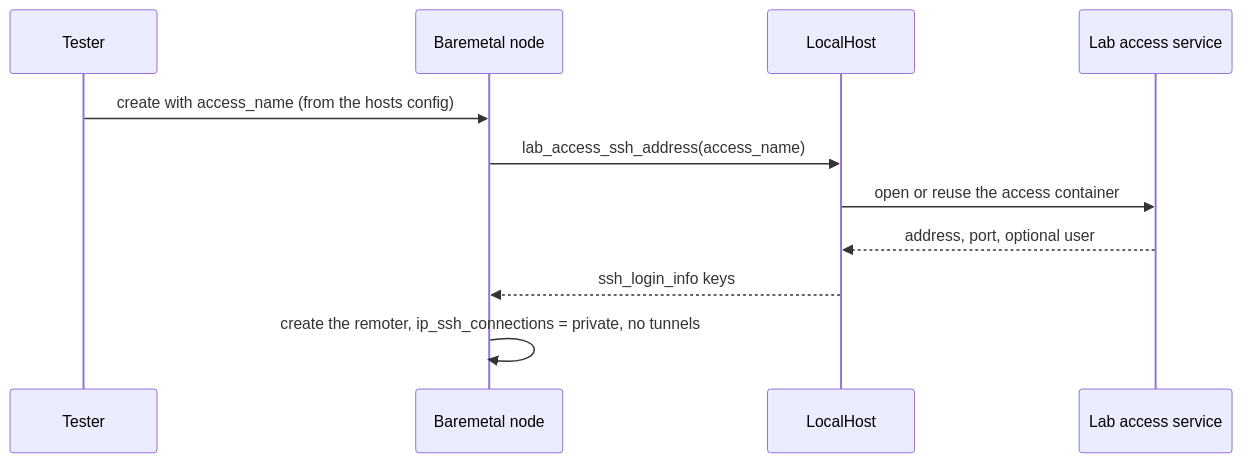
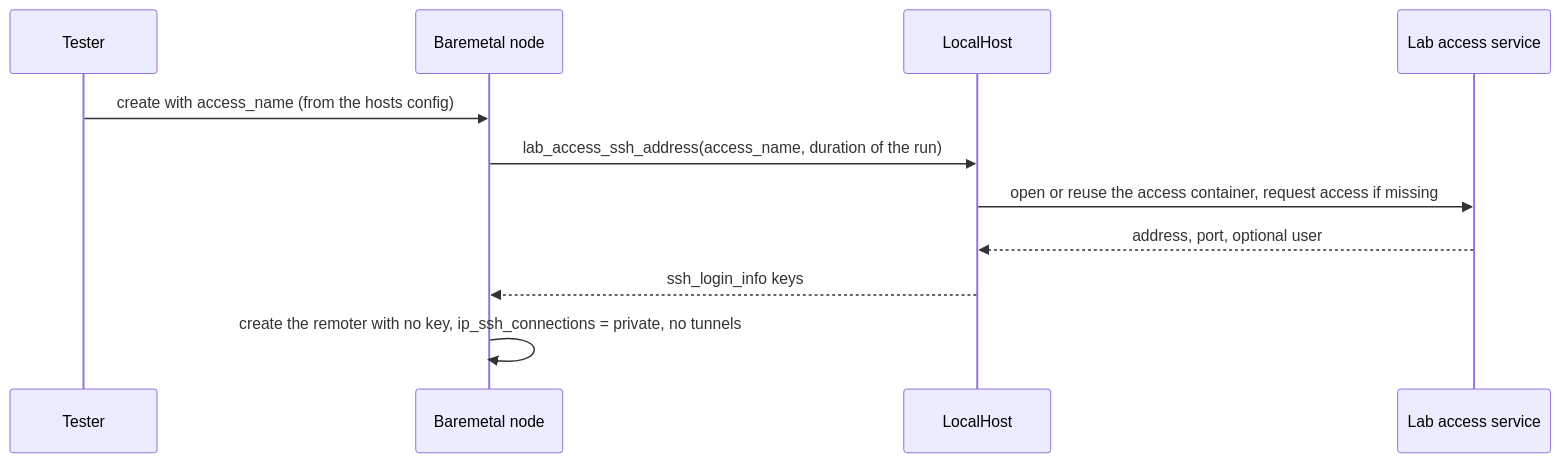
One commit to scylladb/scylla-cluster-tests changed the diagram in docs/plans/baremetal/connectivity-per-role/spec.md. Above: the diagram before and after it, drawn with Mermaid. The commit also changed other lines of this file, not shown here.

First line of the commit message:
docs(plans): connectivity spec matches the lab access review fixes

````diff
--- a/docs/plans/baremetal/connectivity-per-role/spec.md
+++ b/docs/plans/baremetal/connectivity-per-role/spec.md
@@ -36,13 +36,13 @@
 ```mermaid
 sequenceDiagram
     participant T as Tester
     participant N as Baremetal node
     participant L as LocalHost
     participant A as Lab access service
     T->>N: create with access_name (from the hosts config)
-    N->>L: lab_access_ssh_address(access_name)
-    L->>A: open or reuse the access container
+    N->>L: lab_access_ssh_address(access_name, duration of the run)
+    L->>A: open or reuse the access container, request access if missing
     A-->>L: address, port, optional user
     L-->>N: ssh_login_info keys
-    N->>N: create the remoter, ip_ssh_connections = private, no tunnels
+    N->>N: create the remoter with no key, ip_ssh_connections = private, no tunnels
 ```
````
